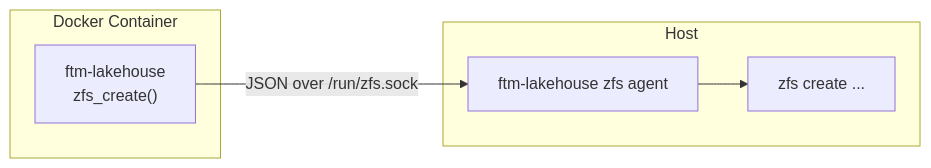
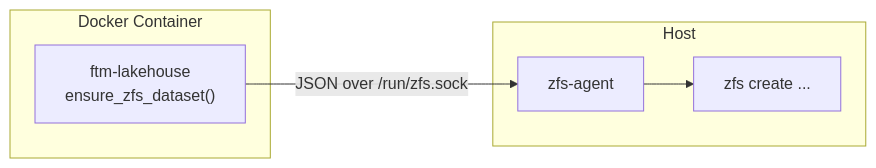
The diagram in docs/deployment/zfs.md (openaleph/ftm-lakehouse), drawn with Mermaid before and after one commit. The commit also changed other lines of this file and 12 other files, not shown here.

Commit message:
feat(zfs): apply external zfs-agent package

````diff
--- a/docs/deployment/zfs.md
+++ b/docs/deployment/zfs.md
@@ -44,14 +42,14 @@
 ```mermaid
 flowchart LR
     subgraph container["Docker Container"]
-        app["ftm-lakehouse<br/>zfs_create()"]
+        app["ftm-lakehouse<br/>ensure_zfs_dataset()"]
     end
 
     subgraph host["Host"]
-        agent["ftm-lakehouse zfs agent"]
+        agent["zfs-agent"]
         zfs["zfs create ..."]
         agent --> zfs
     end
 
     app -- "JSON over /run/zfs.sock" --> agent
 ```
````
